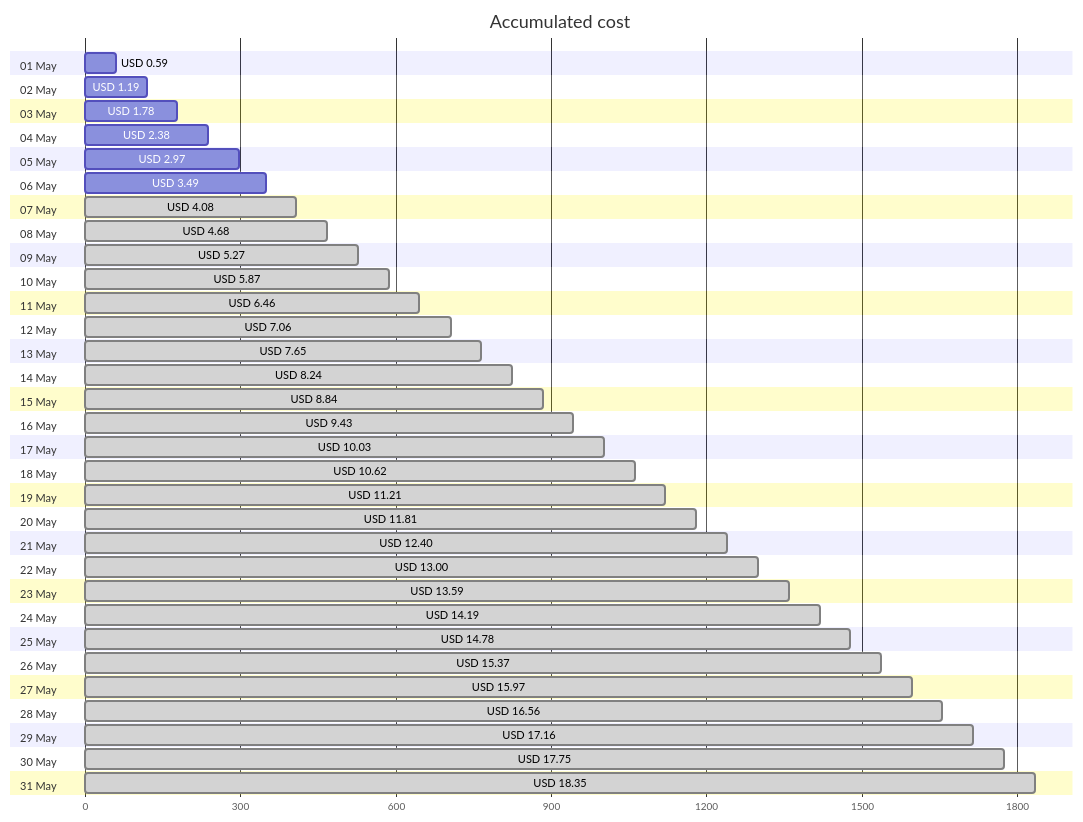
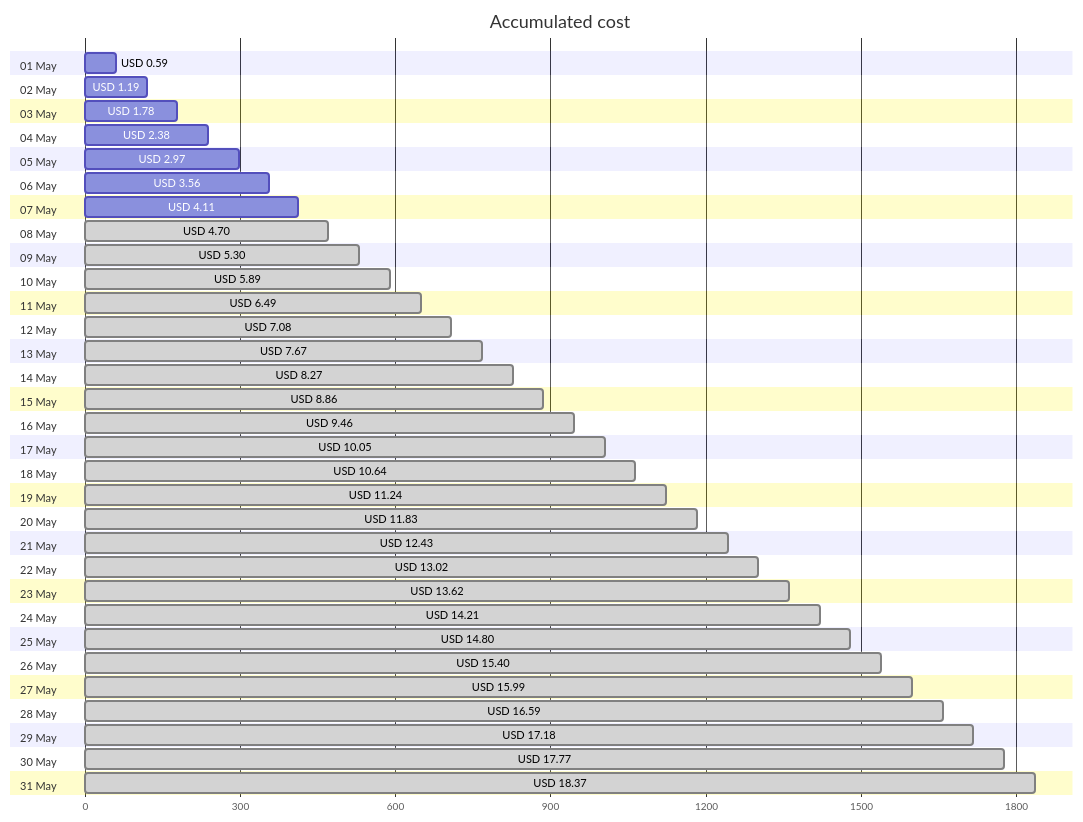
Before and after one commit to jpfulton/azure-personal-reports: the first of 4 diagrams in cost-reports/personal-site/README.md, drawn with Mermaid. The commit also changed other lines of this file and 6 other files, not shown here.

````diff
--- a/cost-reports/personal-site/README.md
+++ b/cost-reports/personal-site/README.md
@@ -20,68 +20,68 @@
 ```mermaid
 gantt
    title Accumulated cost
    dateFormat  X
    axisFormat %s
    section 01 May
    USD 0.59 :0, 59
    section 02 May
    USD 1.19 :0, 119
    section 03 May
    USD 1.78 :0, 178
    section 04 May
    USD 2.38 :0, 238
    section 05 May
    USD 2.97 :0, 297
    section 06 May
-   USD 3.49 :0, 349
+   USD 3.56 :0, 356
    section 07 May
-   USD 4.08 : done, 0, 408
+   USD 4.11 :0, 411
    section 08 May
-   USD 4.68 : done, 0, 468
+   USD 4.70 : done, 0, 470
    section 09 May
-   USD 5.27 : done, 0, 527
+   USD 5.30 : done, 0, 530
    section 10 May
-   USD 5.87 : done, 0, 587
+   USD 5.89 : done, 0, 589
    section 11 May
-   USD 6.46 : done, 0, 646
+   USD 6.49 : done, 0, 649
    section 12 May
-   USD 7.06 : done, 0, 706
+   USD 7.08 : done, 0, 708
    section 13 May
-   USD 7.65 : done, 0, 765
+   USD 7.67 : done, 0, 767
    section 14 May
-   USD 8.24 : done, 0, 824
+   USD 8.27 : done, 0, 827
    section 15 May
-   USD 8.84 : done, 0, 884
+   USD 8.86 : done, 0, 886
    section 16 May
-   USD 9.43 : done, 0, 943
+   USD 9.46 : done, 0, 946
    section 17 May
-   USD 10.03 : done, 0, 1003
+   USD 10.05 : done, 0, 1005
    section 18 May
-   USD 10.62 : done, 0, 1062
+   USD 10.64 : done, 0, 1064
    section 19 May
-   USD 11.21 : done, 0, 1121
+   USD 11.24 : done, 0, 1124
    section 20 May
-   USD 11.81 : done, 0, 1181
+   USD 11.83 : done, 0, 1183
    section 21 May
-   USD 12.40 : done, 0, 1240
+   USD 12.43 : done, 0, 1243
    section 22 May
-   USD 13.00 : done, 0, 1300
+   USD 13.02 : done, 0, 1302
    section 23 May
-   USD 13.59 : done, 0, 1359
+   USD 13.62 : done, 0, 1362
    section 24 May
-   USD 14.19 : done, 0, 1419
+   USD 14.21 : done, 0, 1421
    section 25 May
-   USD 14.78 : done, 0, 1478
+   USD 14.80 : done, 0, 1480
    section 26 May
-   USD 15.37 : done, 0, 1537
+   USD 15.40 : done, 0, 1540
    section 27 May
-   USD 15.97 : done, 0, 1597
+   USD 15.99 : done, 0, 1599
    section 28 May
-   USD 16.56 : done, 0, 1656
+   USD 16.59 : done, 0, 1659
    section 29 May
-   USD 17.16 : done, 0, 1716
+   USD 17.18 : done, 0, 1718
    section 30 May
-   USD 17.75 : done, 0, 1775
+   USD 17.77 : done, 0, 1777
    section 31 May
-   USD 18.35 : done, 0, 1835
+   USD 18.37 : done, 0, 1837
 ```
````
